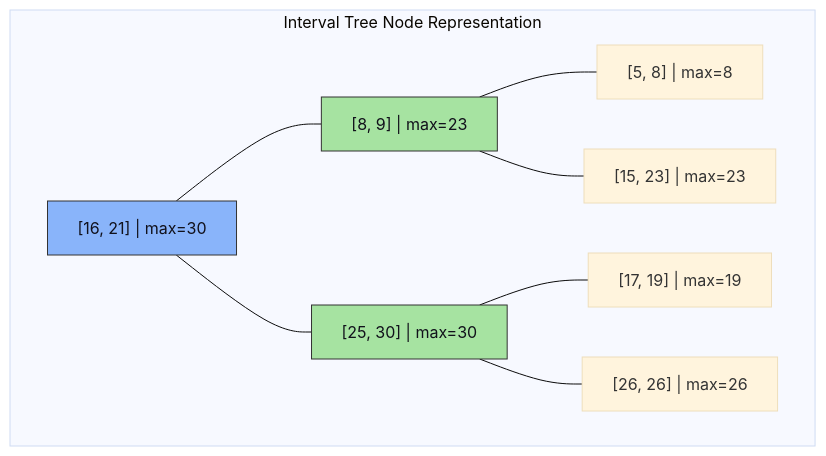
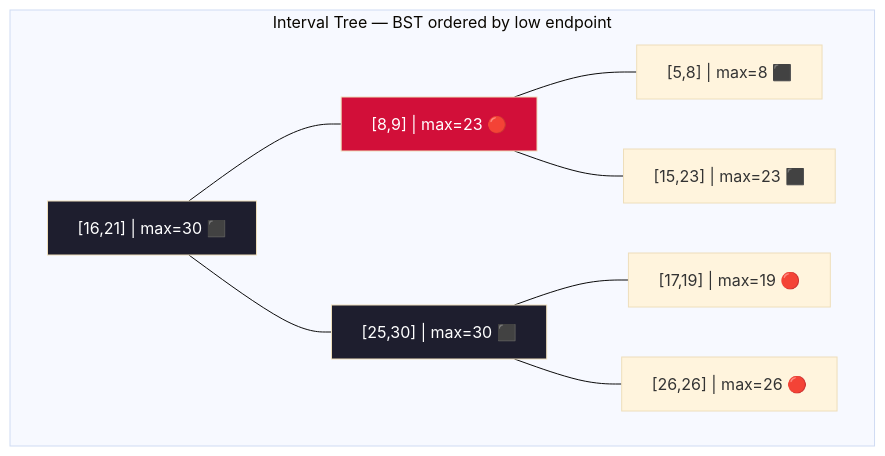
One commit to DeepLumiere/DeepSkills changed the ninth of 18 diagrams in notes/design_and_analysis_of_algorithms/Unit_04_Advanced_Data_Structures.md. Above: the diagram before and after it, drawn with Mermaid (base theme). The commit also changed other lines of this file, not shown here.

````diff
--- a/notes/design_and_analysis_of_algorithms/Unit_04_Advanced_Data_Structures.md
+++ b/notes/design_and_analysis_of_algorithms/Unit_04_Advanced_Data_Structures.md
@@ -247,29 +336,14 @@
 ```mermaid
-
 flowchart TD
-
-    subgraph "Interval Tree Node Representation"
-
-        Root["[16, 21] | max=30"] --- L["[8, 9] | max=23"]
-
-        Root --- R["[25, 30] | max=30"]
-
-        L --- LL["[5, 8] | max=8"]
-
-        L --- LR["[15, 23] | max=23"]
-
-        R --- RL["[17, 19] | max=19"]
-
-        R --- RR["[26, 26] | max=26"]
-
-
-
-        style Root fill:#89b4fa,stroke:#333,color:#11111b
-
-        style L fill:#a6e3a1,stroke:#333,color:#11111b
-
-        style R fill:#a6e3a1,stroke:#333,color:#11111b
-
+    subgraph "Interval Tree — BST ordered by low endpoint"
+        Root["[16,21] | max=30 ⬛"] --- L["[8,9] | max=23 🔴"]
+        Root --- R["[25,30] | max=30 ⬛"]
+        L --- LL["[5,8] | max=8 ⬛"]
+        L --- LR["[15,23] | max=23 ⬛"]
+        R --- RL["[17,19] | max=19 🔴"]
+        R --- RR["[26,26] | max=26 🔴"]
+        style Root fill:#1e1e2e,color:#fff
+        style L fill:#d20f39,color:#fff
+        style R fill:#1e1e2e,color:#fff
     end
-
 ```
````
